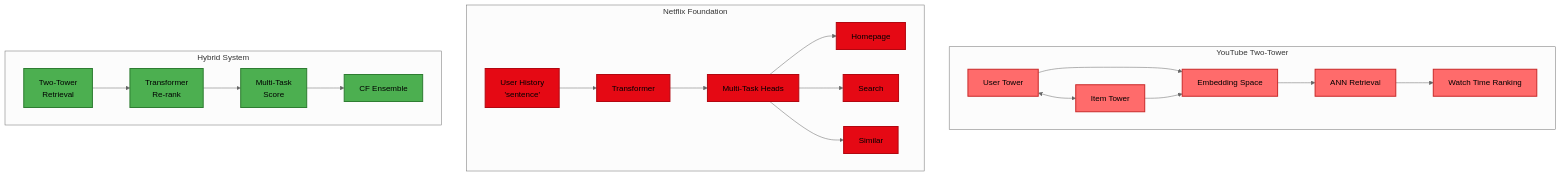
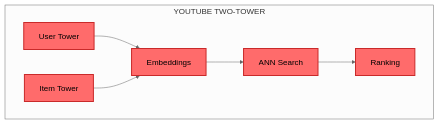
The fourth of 6 diagrams in docs/index.md (robiriu/robiriu.github.io), drawn with Mermaid (neutral theme) before and after one commit. The commit also changed other lines of this file, not shown here.

Commit message:
fix: improve Mermaid chart readability - split into 3 horizontal charts

````diff
--- a/docs/index.md
+++ b/docs/index.md
@@ -385,32 +385,12 @@
 ```mermaid
-flowchart TB
-    subgraph YouTube["YouTube Two-Tower"]
-        YT1["User Tower"] <--> YT2["Item Tower"]
-        YT1 --> YT3["Embedding Space"]
-        YT2 --> YT3
-        YT3 --> YT4["ANN Retrieval"]
-        YT4 --> YT5["Watch Time Ranking"]
+flowchart LR
+    subgraph YT["YOUTUBE TWO-TOWER"]
+        direction LR
+        YT1["User Tower"] --> YT3["Embeddings"]
+        YT2["Item Tower"] --> YT3
+        YT3 --> YT4["ANN Search"] --> YT5["Ranking"]
     end
 
-    subgraph Netflix["Netflix Foundation"]
-        NF1["User History<br/>'sentence'"] --> NF2["Transformer"]
-        NF2 --> NF3["Multi-Task Heads"]
-        NF3 --> NF4["Homepage"]
-        NF3 --> NF5["Search"]
-        NF3 --> NF6["Similar"]
-    end
-
-    subgraph Hybrid["Hybrid System"]
-        HY1["Two-Tower<br/>Retrieval"] --> HY2["Transformer<br/>Re-rank"]
-        HY2 --> HY3["Multi-Task<br/>Score"]
-        HY3 --> HY4["CF Ensemble"]
-    end
-
-    classDef youtubeStyle fill:#FF6B6B,stroke:#C92A2A,stroke-width:2px
-    classDef netflixStyle fill:#E50914,stroke:#B20710,stroke-width:2px
-    classDef hybridStyle fill:#4CAF50,stroke:#2E7D32,stroke-width:2px
-
-    class YT1,YT2,YT3,YT4,YT5 youtubeStyle
-    class NF1,NF2,NF3,NF4,NF5,NF6 netflixStyle
-    class HY1,HY2,HY3,HY4 hybridStyle
+    classDef ytStyle fill:#FF6B6B,stroke:#C92A2A,stroke-width:2px
+    class YT1,YT2,YT3,YT4,YT5 ytStyle
 ```
````
